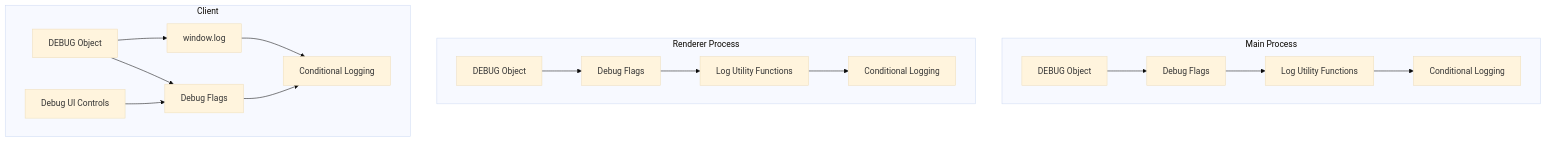
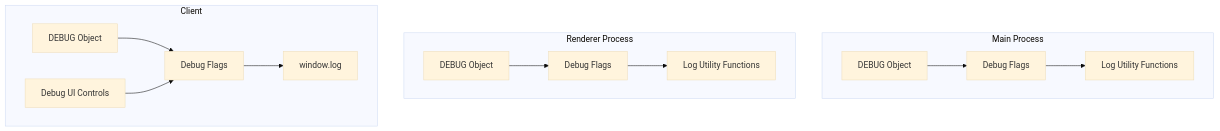
The seventh of 8 diagrams in memory-bank/systemPatterns.md (kinectron/kinectron), drawn with Mermaid (base theme) before and after one commit. The commit also changed other lines of this file and 2 other files, not shown here.

````diff
--- a/memory-bank/systemPatterns.md
+++ b/memory-bank/systemPatterns.md
@@ -602,30 +201,26 @@
 ```mermaid
 flowchart TD
     subgraph "Main Process"
         AppDebug[DEBUG Object]
         DebugFlags[Debug Flags]
         LogFunctions[Log Utility Functions]
-        ConditionalLogs[Conditional Logging]
     end
 
     subgraph "Renderer Process"
         RendererDebug[DEBUG Object]
         RendererFlags[Debug Flags]
         RendererLogFunctions[Log Utility Functions]
-        RendererLogs[Conditional Logging]
     end
 
     subgraph "Client"
         ClientDebug[DEBUG Object]
         ClientFlags[Debug Flags]
         ClientUI[Debug UI Controls]
-        ClientLogs[Conditional Logging]
         GlobalLog[window.log]
     end
 
-    AppDebug --> DebugFlags --> LogFunctions --> ConditionalLogs
-    RendererDebug --> RendererFlags --> RendererLogFunctions --> RendererLogs
-    ClientDebug --> ClientFlags --> ClientLogs
+    AppDebug --> DebugFlags --> LogFunctions
+    RendererDebug --> RendererFlags --> RendererLogFunctions
+    ClientDebug --> ClientFlags --> GlobalLog
     ClientUI --> ClientFlags
-    ClientDebug --> GlobalLog --> ClientLogs
 ```
````
